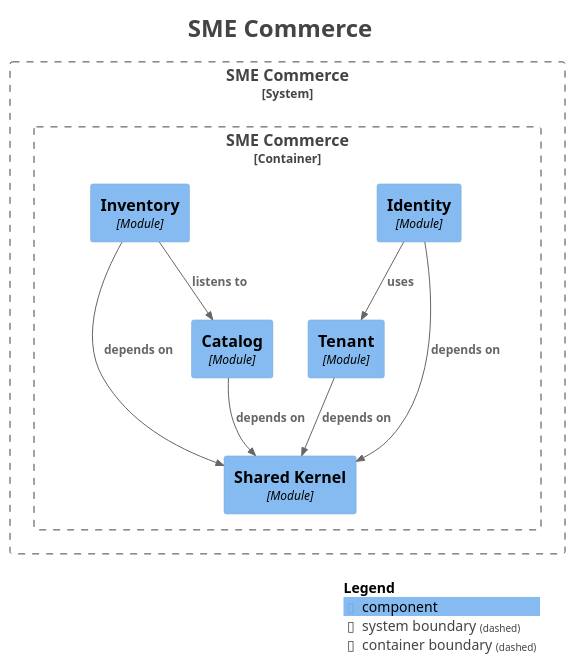
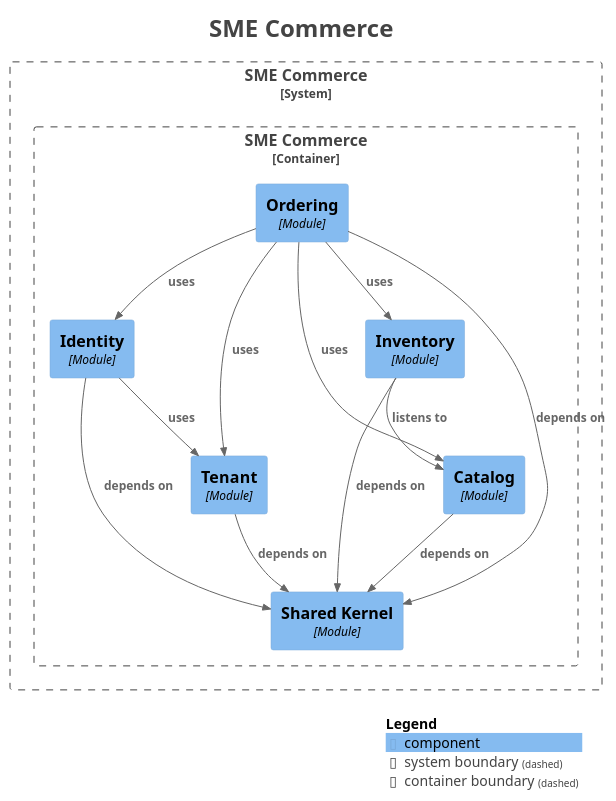
Before and after one commit to hezronokwach/sme-commerce-platform: the diagram in docs/modules/components.puml, drawn with PlantUML. The commit also changed 25 other files, not shown here.

```diff
--- a/docs/modules/components.puml
+++ b/docs/modules/components.puml
@@ -1,38 +1,44 @@
 @startuml
 title <size:24>SME Commerce</size>
 
 set separator none
 top to bottom direction
 
 <style>
   root {
     BackgroundColor: #ffffff
     FontColor: #444444
   }
 </style>
 
 !include <C4/C4>
 !include <C4/C4_Context>
 !include <C4/C4_Component>
 
 System_Boundary("SMECommerce_boundary", "SME Commerce", $tags="") {
   Container_Boundary("SMECommerce.SMECommerce_boundary", "SME Commerce", $tags="") {
-    Component(SMECommerce.SMECommerce.Tenant, "Tenant", $techn="Module", $descr="", $tags="", $link="")
     Component(SMECommerce.SMECommerce.Identity, "Identity", $techn="Module", $descr="", $tags="", $link="")
     Component(SMECommerce.SMECommerce.Inventory, "Inventory", $techn="Module", $descr="", $tags="", $link="")
+    Component(SMECommerce.SMECommerce.Ordering, "Ordering", $techn="Module", $descr="", $tags="", $link="")
     Component(SMECommerce.SMECommerce.SharedKernel, "Shared Kernel", $techn="Module", $descr="", $tags="", $link="")
     Component(SMECommerce.SMECommerce.Catalog, "Catalog", $techn="Module", $descr="", $tags="", $link="")
+    Component(SMECommerce.SMECommerce.Tenant, "Tenant", $techn="Module", $descr="", $tags="", $link="")
   }
 
 }
 
 Rel(SMECommerce.SMECommerce.Catalog, SMECommerce.SMECommerce.SharedKernel, "depends on", $techn="", $tags="", $link="")
+Rel(SMECommerce.SMECommerce.Inventory, SMECommerce.SMECommerce.Catalog, "listens to", $techn="", $tags="", $link="")
+Rel(SMECommerce.SMECommerce.Inventory, SMECommerce.SMECommerce.SharedKernel, "depends on", $techn="", $tags="", $link="")
+Rel(SMECommerce.SMECommerce.Ordering, SMECommerce.SMECommerce.SharedKernel, "depends on", $techn="", $tags="", $link="")
+Rel(SMECommerce.SMECommerce.Ordering, SMECommerce.SMECommerce.Tenant, "uses", $techn="", $tags="", $link="")
+Rel(SMECommerce.SMECommerce.Ordering, SMECommerce.SMECommerce.Catalog, "uses", $techn="", $tags="", $link="")
+Rel(SMECommerce.SMECommerce.Ordering, SMECommerce.SMECommerce.Identity, "uses", $techn="", $tags="", $link="")
+Rel(SMECommerce.SMECommerce.Ordering, SMECommerce.SMECommerce.Inventory, "uses", $techn="", $tags="", $link="")
 Rel(SMECommerce.SMECommerce.Identity, SMECommerce.SMECommerce.SharedKernel, "depends on", $techn="", $tags="", $link="")
 Rel(SMECommerce.SMECommerce.Identity, SMECommerce.SMECommerce.Tenant, "uses", $techn="", $tags="", $link="")
-Rel(SMECommerce.SMECommerce.Inventory, SMECommerce.SMECommerce.Catalog, "listens to", $techn="", $tags="", $link="")
-Rel(SMECommerce.SMECommerce.Inventory, SMECommerce.SMECommerce.SharedKernel, "depends on", $techn="", $tags="", $link="")
 Rel(SMECommerce.SMECommerce.Tenant, SMECommerce.SMECommerce.SharedKernel, "depends on", $techn="", $tags="", $link="")
 
 SHOW_LEGEND(true)
 hide stereotypes
 @enduml
```
